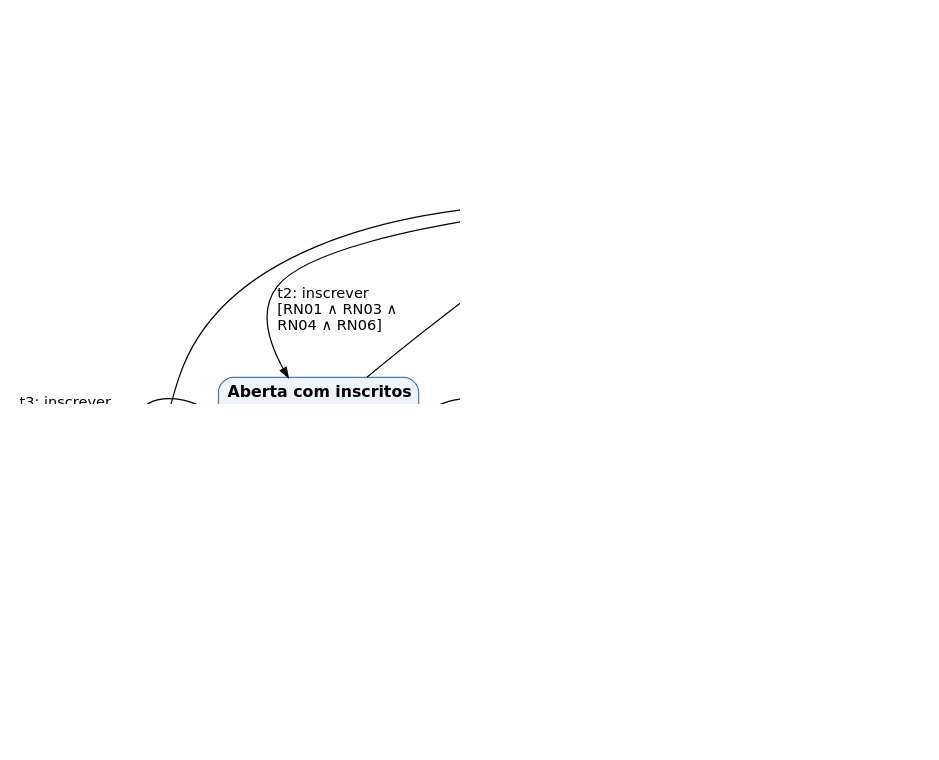
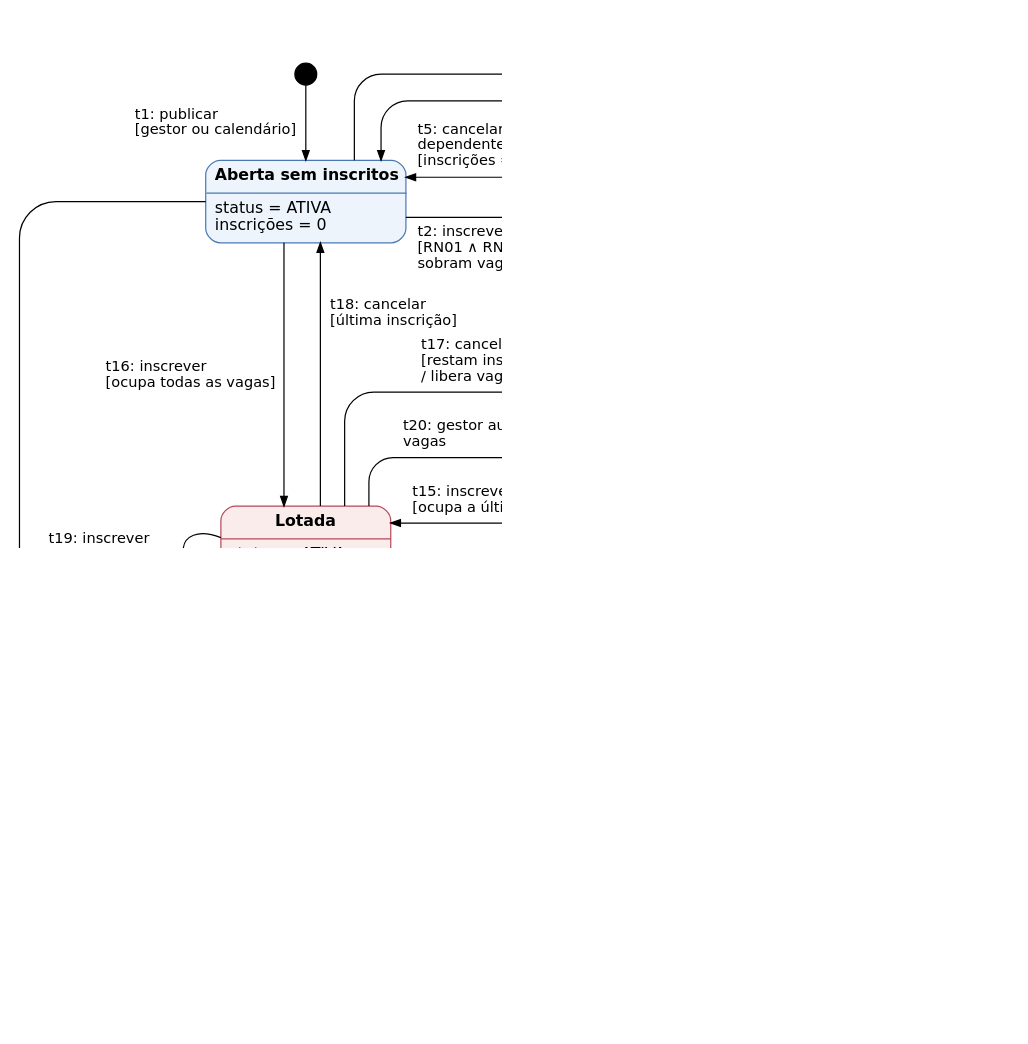
Before and after one commit to Conecta-Vida/Conecta-Vida-Mobile: the diagram in qualidade/diagramas/ex05_estados.dot, drawn with Graphviz. The commit also changed 13 other files, not shown here.

```diff
--- a/qualidade/diagramas/ex05_estados.dot
+++ b/qualidade/diagramas/ex05_estados.dot
@@ -1,36 +1,49 @@
 // Exercício 5 - Diagrama de Transição de Estados (UML) do objeto Campanha
 // (tabela comunicacoes, tipo CAMPANHA). Transições no formato evento [guarda] / ação.
+// Layout fixo (layout=nop2): posição de cada estado, trajeto de cada seta e lugar de cada
+// rótulo definidos à mão, para nenhum rótulo cruzar outra seta. Coordenadas em pontos.
 digraph DTE {
-  graph [rankdir=TB, fontname="DejaVu Sans", nodesep=0.9, ranksep=1.0, pad=0.2, dpi=150];
+  graph [layout=nop2, fontname="DejaVu Sans", pad=0.2, dpi=150];
   node  [fontname="DejaVu Sans", fontsize=13];
   edge  [fontname="DejaVu Sans", fontsize=12, arrowsize=0.8];
 
-  ini [shape=circle, style=filled, fillcolor=black, label="", width=0.25];
-  fim [shape=doublecircle, style=filled, fillcolor=black, label="", width=0.18];
+  ini [pos="250.0,970.0", shape=circle, style=filled, fillcolor=black, label="", width=0.25];
+  fim [pos="330.0,150.0", shape=doublecircle, style=filled, fillcolor=black, label="", width=0.18];
 
-  E1 [shape=plain, label=<<table border="1" cellborder="0" cellspacing="0" cellpadding="6" style="rounded" bgcolor="#EEF4FB" color="#4A78B5">
+  E1 [pos="250.0,865.0", shape=plain, label=<<table border="1" cellborder="0" cellspacing="0" cellpadding="6" style="rounded" bgcolor="#EEF4FB" color="#4A78B5">
       <tr><td><b>Aberta sem inscritos</b></td></tr><hr/>
       <tr><td align="left">status = ATIVA<br align="left"/>inscrições = 0<br align="left"/></td></tr></table>>];
-  E2 [shape=plain, label=<<table border="1" cellborder="0" cellspacing="0" cellpadding="6" style="rounded" bgcolor="#EEF4FB" color="#4A78B5">
+  E2 [pos="570.0,580.0", shape=plain, label=<<table border="1" cellborder="0" cellspacing="0" cellpadding="6" style="rounded" bgcolor="#EEF4FB" color="#4A78B5">
       <tr><td><b>Aberta com inscritos</b></td></tr><hr/>
-      <tr><td align="left">status = ATIVA<br align="left"/>inscrições ≥ 1<br align="left"/></td></tr></table>>];
-  E3 [shape=plain, label=<<table border="1" cellborder="0" cellspacing="0" cellpadding="6" style="rounded" bgcolor="#FDF1E3" color="#B5784A">
+      <tr><td align="left">status = ATIVA<br align="left"/>1 ≤ inscrições &lt; vagas<br align="left"/></td></tr></table>>];
+  E3 [pos="600.0,320.0", shape=plain, label=<<table border="1" cellborder="0" cellspacing="0" cellpadding="6" style="rounded" bgcolor="#FDF1E3" color="#B5784A">
       <tr><td><b>Encerrada</b></td></tr><hr/>
       <tr><td align="left">status = ENCERRADA<br align="left"/>(só cancelamento)<br align="left"/></td></tr></table>>];
+  E5 [pos="250.0,580.0", shape=plain, label=<<table border="1" cellborder="0" cellspacing="0" cellpadding="6" style="rounded" bgcolor="#FBECEC" color="#B54A5A">
+      <tr><td><b>Lotada</b></td></tr><hr/>
+      <tr><td align="left">status = ATIVA<br align="left"/>inscrições ≥ vagas<br align="left"/></td></tr></table>>];
 
-
-  ini -> E1 [label="  t1: publicar\l  [gestor ou calendário]\l"];
-  E1 -> E2  [label="t2: inscrever\l[RN01 ∧ RN03 ∧\lRN04 ∧ RN06]\l"];
-  E2 -> E1  [label="t5: cancelar ou revogar\ldependente\l[inscrições = 1] / RN05\l"];
-  E2:w -> E2:w [label="t3: inscrever\l[RN01 ∧ RN03 ∧\lRN04 ∧ RN06]\l"];
-  E2:e -> E2:e [label="t4: cancelar\l[inscrições > 1]\l"];
-  E1 -> E3  [label="t6: encerrar\l[data_fim < agora\lou gestor]\l"];
-  E3 -> E1  [label="t11: reabrir\l[ATIVA ∧\linscrições = 0]\l"];
-  E2 -> E3  [label="t7: encerrar\l[data_fim < agora\lou gestor]\l"];
-  E3 -> E2  [label="t10: reabrir\l[ATIVA ∧\linscrições ≥ 1]\l"];
-  E3:e -> E3:e [label="t8: cancelar\l[inscrições ≥ 1] (A4)\l"];
-  E3:s -> E3:s [label="t9: inscrever\l/ recusar (RN02)\l"];
-  E1 -> fim [label="t12: excluir\l[gestor]\l", constraint=false];
-  E2 -> fim [label="t13: excluir [gestor]\l/ remove inscrições\l"];
-  E3:w -> fim [label="t14: excluir [gestor]\l/ remove inscrições\l"];
+  ini -> E1 [label="t1: publicar\l[gestor ou calendário]\l", pos="e,250.0,899.0 250.0,961.0 250.0,940.3 250.0,919.7 250.0,907.0", lp="175.5,930.0"];
+  E1 -> E2 [label="t2: inscrever\l[RN01 ∧ RN03 ∧ RN04 ∧\lsobram vagas (RN07)]\l", pos="e,546.0,614.0 332.5,852.0 397.7,852.0 462.8,852.0 528.0,852.0 537.9,852.0 546.0,843.9 546.0,834.0 546.0,760.7 546.0,687.3 546.0,622.0", lp="416.0,826.5"];
+  E2 -> E2 [label="t3: inscrever\l[RN01 ∧ RN03 ∧ RN04 ∧\lsobram vagas (RN07)]\l", pos="e,642.0,614.0 618.0,614.0 610.0,654.0 650.0,654.0 643.6,621.8", lp="730.0,665.5"];
+  E2 -> E2 [label="t4: cancelar\l[inscrições > 1]\l", pos="e,654.0,572.0 654.0,588.0 694.0,604.0 694.0,556.0 661.4,569.0", lp="745.0,580.0"];
+  E2 -> E1 [label="t5: cancelar ou revogar\ldependente\l[inscrições = 1] / RN05\l", pos="e,332.5,885.0 568.0,614.0 568.0,698.3 568.0,782.7 568.0,867.0 568.0,876.9 559.9,885.0 550.0,885.0 477.5,885.0 405.0,885.0 340.5,885.0", lp="412.5,911.0"];
+  E1 -> E3 [label="t6: encerrar\l[data_fim < agora\lou gestor]\l", pos="e,678.0,334.0 290.0,899.0 290.0,915.3 290.0,931.7 290.0,948.0 290.0,960.1 299.9,970.0 312.0,970.0 481.3,970.0 650.7,970.0 820.0,970.0 832.1,970.0 842.0,960.1 842.0,948.0 842.0,750.7 842.0,553.3 842.0,356.0 842.0,343.9 832.1,334.0 820.0,334.0 772.7,334.0 725.3,334.0 686.0,334.0", lp="675.0,995.5"];
+  E2 -> E3 [label="t7: encerrar\l[data_fim < agora\lou gestor]\l", pos="e,600.0,354.0 600.0,546.0 600.0,482.0 600.0,418.0 600.0,362.0", lp="537.0,450.0"];
+  E3 -> E3 [label="t8: cancelar\l[inscrições ≥ 1] (A4)\l", pos="e,678.0,292.0 678.0,310.0 716.0,320.0 716.0,282.0 685.7,290.0", lp="781.0,300.0"];
+  E3 -> E3 [label="t9: inscrever\l/ recusar (RN02)\l", pos="e,620.0,286.0 596.0,286.0 588.0,246.0 628.0,246.0 621.6,278.2", lp="683.0,257.0"];
+  E3 -> E2 [label="t10: reabrir\l[ATIVA ∧\linscrições ≥ 1]\l", pos="e,626.0,546.0 626.0,354.0 626.0,418.0 626.0,482.0 626.0,538.0", lp="678.5,450.0"];
+  E3 -> E1 [label="t11: reabrir\l[ATIVA ∧\linscrições = 0]\l", pos="e,312.0,899.0 678.0,343.0 718.0,343.0 758.0,343.0 798.0,343.0 810.1,343.0 820.0,352.9 820.0,365.0 820.0,553.7 820.0,740.7 820.0,926.0 820.0,938.1 810.1,948.0 798.0,948.0 643.3,948.0 488.7,948.0 334.0,948.0 321.9,948.0 312.0,938.1 312.0,926.0 312.0,917.0 312.0,908.0 312.0,907.0", lp="664.5,922.5"];
+  E1 -> fim [label="t12: excluir\l[gestor]\l", pos="e,330.0,139.5 167.5,865.0 126.3,865.0 85.2,865.0 44.0,865.0 27.5,865.0 14.0,851.5 14.0,835.0 14.0,602.7 14.0,370.3 14.0,138.0 14.0,121.5 27.5,108.0 44.0,108.0 134.1,108.0 224.2,108.0 314.2,108.0 322.9,108.0 330.0,115.1 330.0,123.8 330.0,129.0 330.0,134.2 330.0,131.5", lp="55.5,300.0"];
+  E2 -> fim [label="t13: excluir [gestor]\l/ remove inscrições\l", pos="e,337.4,157.4 498.0,546.0 444.4,416.5 390.9,286.9 340.4,164.7", lp="364.0,425.0"];
+  E3 -> fim [label="t14: excluir [gestor]\l/ remove inscrições\l", pos="e,340.5,150.0 540.0,286.0 473.5,240.7 407.0,195.3 347.1,154.5", lp="511.0,185.0"];
+  E2 -> E5 [label="t15: inscrever\l[ocupa a última vaga]\l", pos="e,320.0,600.0 486.0,600.0 430.7,600.0 375.3,600.0 328.0,600.0", lp="403.8,619.0"];
+  E1 -> E5 [label="t16: inscrever\l[ocupa todas as vagas]\l", pos="e,232.0,614.0 232.0,831.0 232.0,758.7 232.0,686.3 232.0,622.0", lp="154.5,722.0"];
+  E5 -> E2 [label="t17: cancelar\l[restam inscrições]\l/ libera vaga\l", pos="e,518.0,614.0 282.0,614.0 282.0,637.3 282.0,660.7 282.0,684.0 282.0,697.2 292.8,708.0 306.0,708.0 368.7,708.0 431.3,708.0 494.0,708.0 507.2,708.0 518.0,697.2 518.0,684.0 518.0,660.7 518.0,637.3 518.0,622.0", lp="402.5,733.5"];
+  E5 -> E1 [label="t18: cancelar\l[última inscrição]\l", pos="e,262.0,831.0 262.0,614.0 262.0,686.3 262.0,758.7 262.0,823.0", lp="322.0,773.0"];
+  E5 -> E5 [label="t19: inscrever\l/ recusar (RN07)\l", pos="e,180.0,572.0 180.0,588.0 140.0,604.0 140.0,556.0 172.6,569.0", lp="87.0,580.0"];
+  E5 -> E2 [label="t20: gestor aumenta\lvagas\l", pos="e,500.0,614.0 302.0,614.0 302.0,620.7 302.0,627.3 302.0,634.0 302.0,645.0 311.0,654.0 322.0,654.0 374.7,654.0 427.3,654.0 480.0,654.0 491.0,654.0 500.0,645.0 500.0,634.0 500.0,627.3 500.0,620.7 500.0,622.0", lp="392.0,673.0"];
+  E5 -> E3 [label="t21: encerrar\l[data_fim < agora\lou gestor]\l", pos="e,522.0,320.0 270.0,546.0 270.0,480.7 270.0,415.3 270.0,350.0 270.0,333.5 283.5,320.0 300.0,320.0 374.0,320.0 448.0,320.0 514.0,320.0", lp="335.0,345.5"];
+  E5 -> fim [label="t22: excluir [gestor]\l/ remove inscrições\l", pos="e,319.5,150.0 230.0,546.0 230.0,424.0 230.0,302.0 230.0,180.0 230.0,163.5 243.5,150.0 260.0,150.0 279.8,150.0 299.7,150.0 311.5,150.0", lp="163.0,400.0"];
+  E2 -> E5 [label="t23: gestor reduz vagas\l[vagas ≤ inscrições]\l", pos="e,320.0,558.0 486.0,558.0 430.7,558.0 375.3,558.0 328.0,558.0", lp="403.8,539.0"];
 }
```
